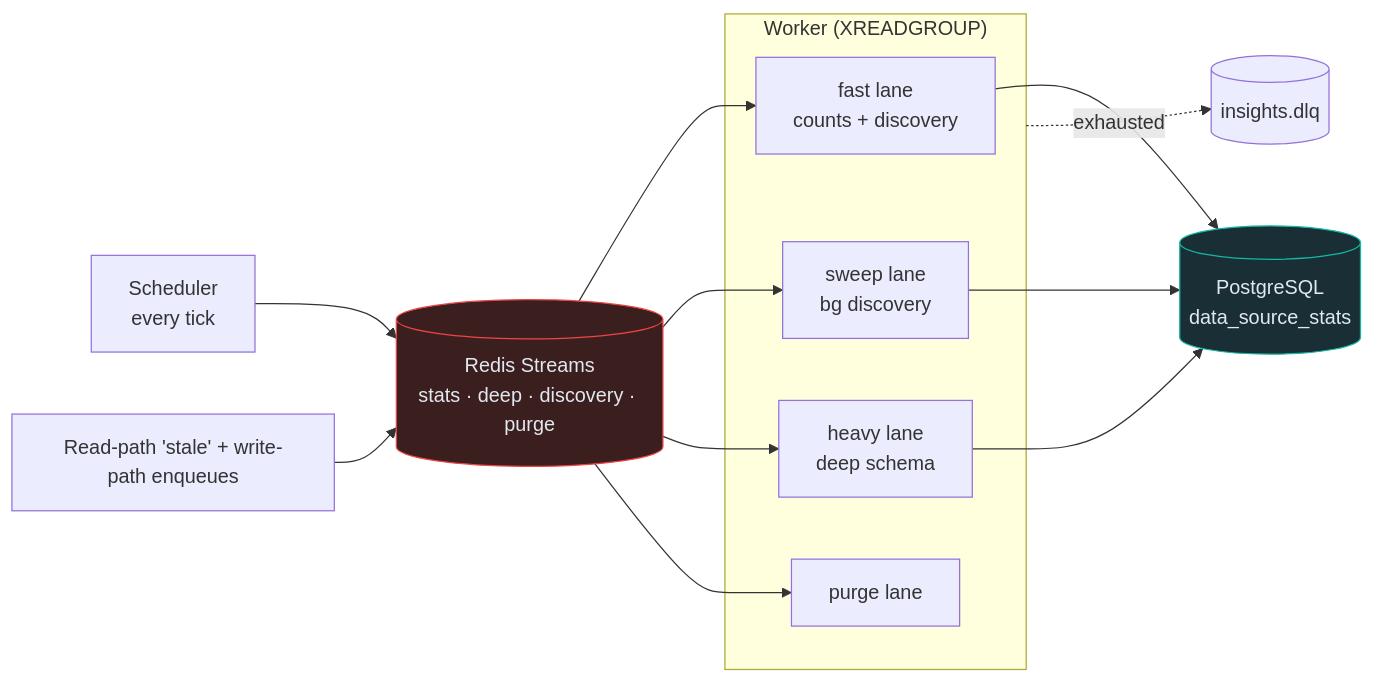
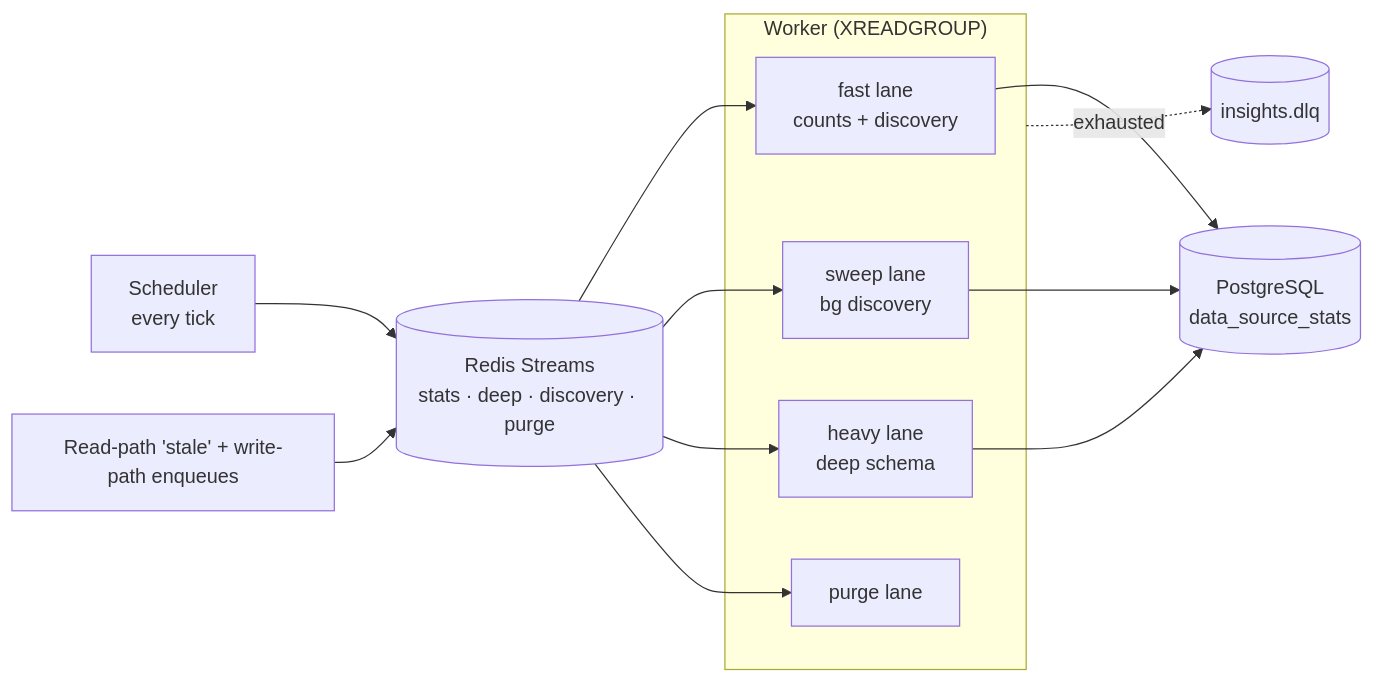
Before and after one commit to rkrumins/dataviz: the diagram in docs/services/INSIGHTS.md, drawn with Mermaid. The commit also changed 46 other files, not shown here.

````diff
--- a/docs/services/INSIGHTS.md
+++ b/docs/services/INSIGHTS.md
@@ -72,25 +72,23 @@
 ```mermaid
 flowchart LR
     Sched["Scheduler<br/>every tick"]
     Read["Read-path 'stale' + write-path enqueues"]
     Streams[("Redis Streams<br/>stats · deep · discovery · purge")]
     subgraph Worker["Worker (XREADGROUP)"]
         Fast["fast lane<br/>counts + discovery"]
         Sweep["sweep lane<br/>bg discovery"]
         Heavy["heavy lane<br/>deep schema"]
         Purge["purge lane"]
     end
     PG[("PostgreSQL<br/>data_source_stats")]
     DLQ[("insights.dlq")]
 
     Sched --> Streams
     Read --> Streams
     Streams --> Fast --> PG
     Streams --> Sweep --> PG
     Streams --> Heavy --> PG
     Streams --> Purge
     Worker -.->|exhausted| DLQ
 
-    style Streams fill:#3b1f1f,stroke:#ef4444,color:#e2e8f0
-    style PG fill:#1a2e35,stroke:#14b8a6,color:#e2e8f0
 ```
````
